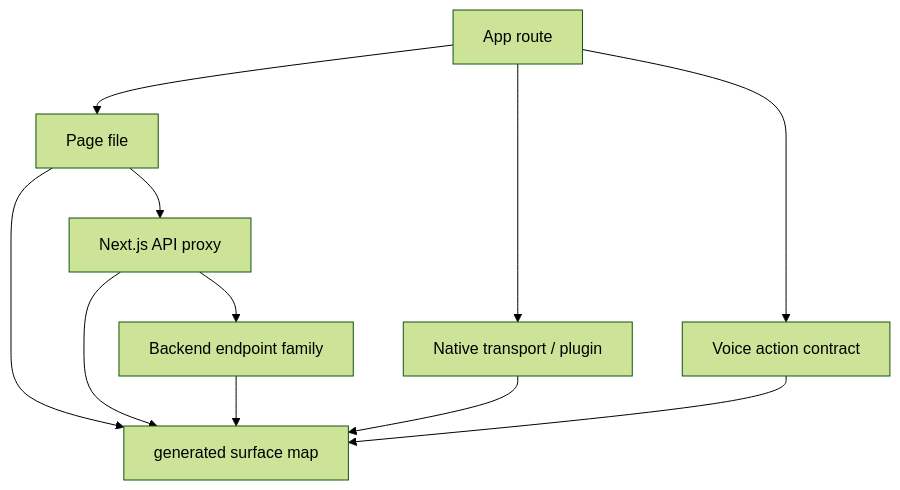
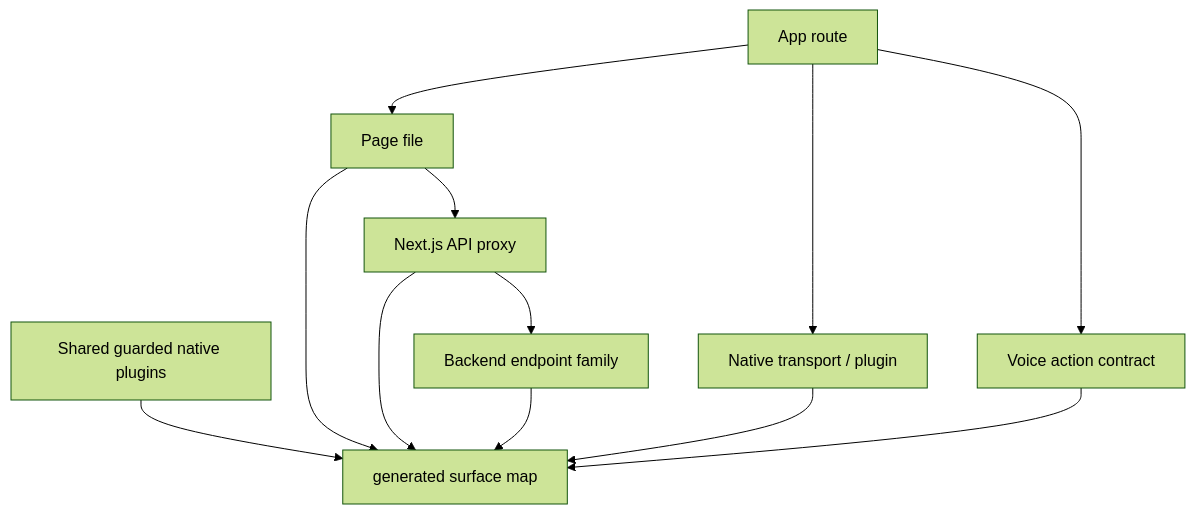
The diagram in docs/reference/architecture/frontend-native-surface-map.md (hushh-labs/hushh-research), drawn with Mermaid (forest theme) before and after one commit. The commit also changed other lines of this file and 4480 other files, not shown here.

````diff
--- a/docs/reference/architecture/frontend-native-surface-map.md
+++ b/docs/reference/architecture/frontend-native-surface-map.md
@@ -5,19 +5,21 @@
 ```mermaid
 flowchart TD
   route["App route"]
   page["Page file"]
   api["Next.js API proxy"]
   backend["Backend endpoint family"]
   native["Native transport / plugin"]
+  shared["Shared guarded native plugins"]
   voice["Voice action contract"]
   map["generated surface map"]
 
   route --> page --> api --> backend
   route --> native
+  shared --> map
   route --> voice
   page --> map
   api --> map
   backend --> map
   native --> map
   voice --> map
 ```
````
